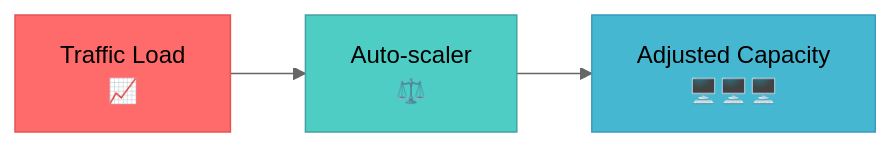
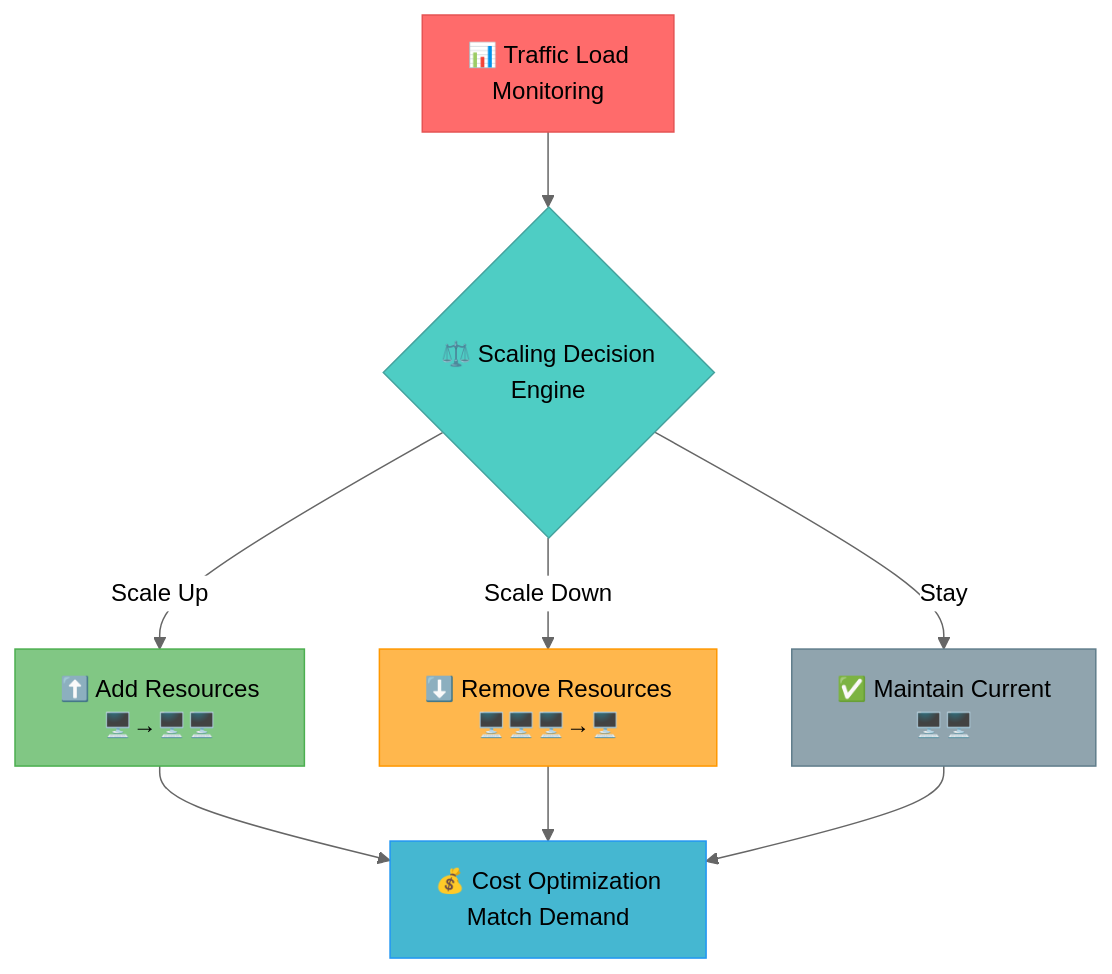
Before and after one commit to deepaucksharma/DStudio: the first of 13 diagrams in docs/pattern-library/scaling/auto-scaling.md, drawn with Mermaid (neutral theme). The commit also changed other lines of this file and 258 other files, not shown here.

````diff
--- a/docs/pattern-library/scaling/auto-scaling.md
+++ b/docs/pattern-library/scaling/auto-scaling.md
@@ -88,9 +88,18 @@
 ```mermaid
-graph LR
-    A[Traffic Load<br/>📈] --> B[Auto-scaler<br/>⚖️]
-    B --> C[Adjusted Capacity<br/>🖥️🖥️🖥️]
+flowchart TD
+    A["📊 Traffic Load<br/>Monitoring"] --> B{"⚖️ Scaling Decision<br/>Engine"}
+    B -->|Scale Up| C["⬆️ Add Resources<br/>🖥️→🖥️🖥️"]
+    B -->|Scale Down| D["⬇️ Remove Resources<br/>🖥️🖥️🖥️→🖥️"]
+    B -->|Stay| E["✅ Maintain Current<br/>🖥️🖥️"]
+    
+    C --> F["💰 Cost Optimization<br/>Match Demand"]
+    D --> F
+    E --> F
     
     style A fill:#ff6b6b,stroke:#e55353
     style B fill:#4ecdc4,stroke:#45a29e  
-    style C fill:#45b7d1,stroke:#3a9bc1
+    style C fill:#81c784,stroke:#4caf50
+    style D fill:#ffb74d,stroke:#ff9800
+    style E fill:#90a4ae,stroke:#607d8b
+    style F fill:#45b7d1,stroke:#2196f3
 ```
````
